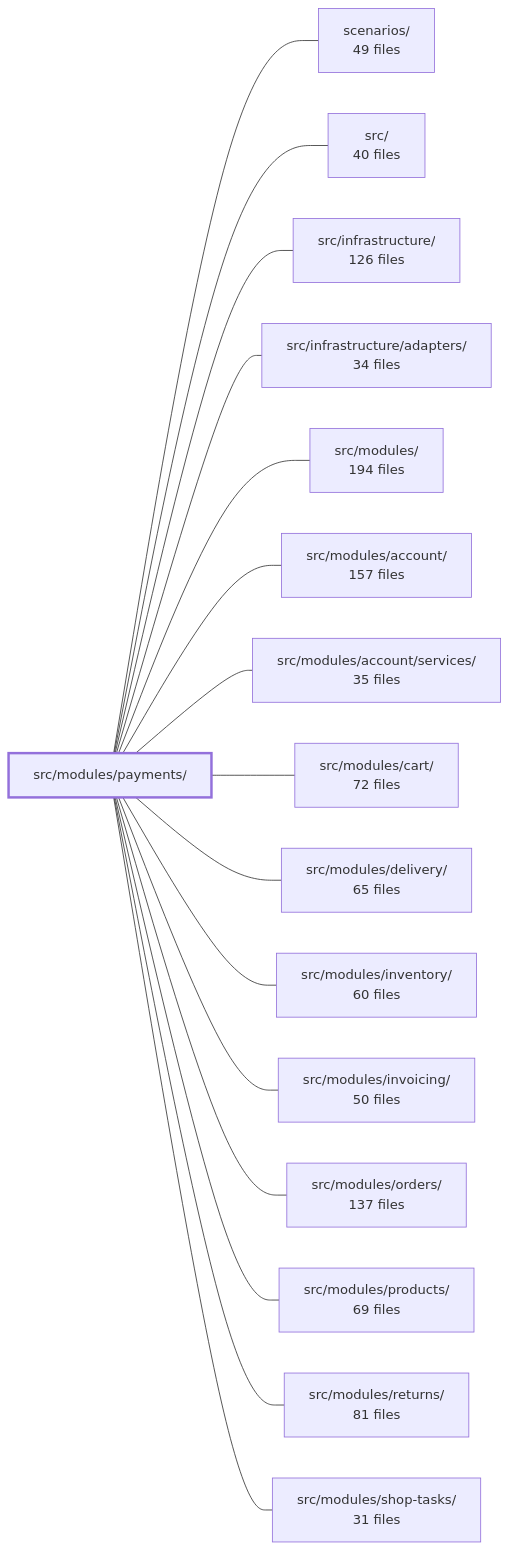
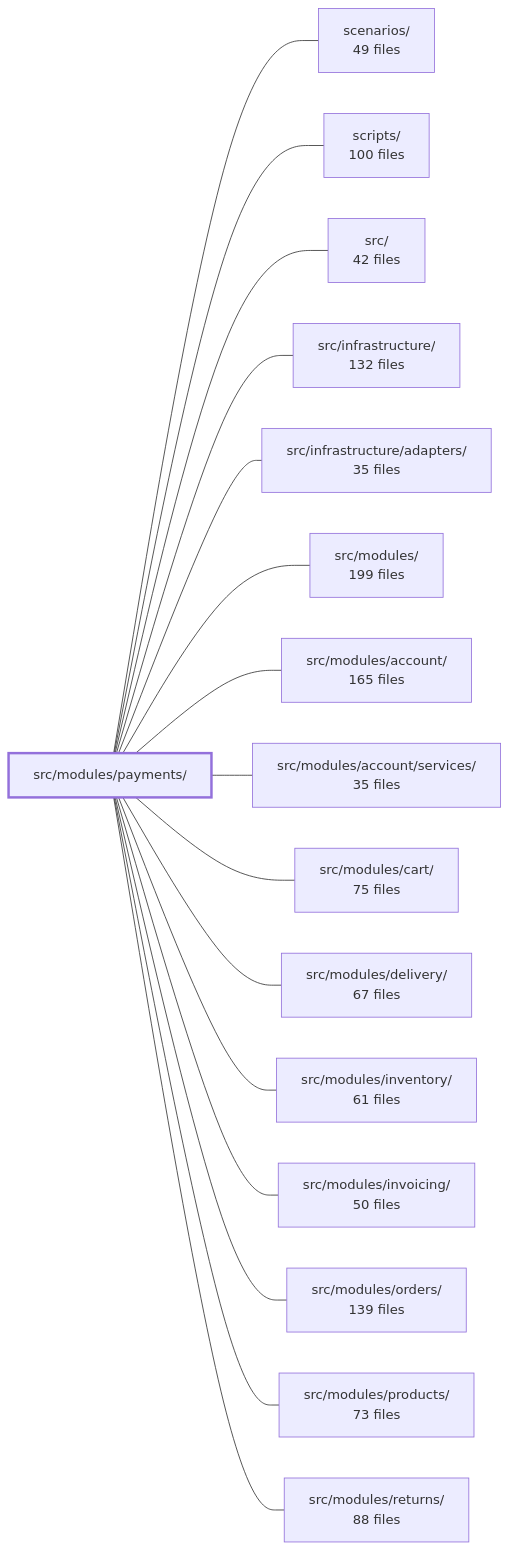
The diagram in .2brain/modules/boilerplate-node-backend_src_modules_payments.md (Guebbit/boilerplate-node-backend), drawn with Mermaid before and after one commit. The commit also changed other lines of this file and 1102 other files, not shown here.

````diff
--- a/.2brain/modules/boilerplate-node-backend_src_modules_payments.md
+++ b/.2brain/modules/boilerplate-node-backend_src_modules_payments.md
@@ -46,35 +43,35 @@
 ```mermaid
 flowchart LR
     m_src_modules_payments["src/modules/payments/"]
     m_scenarios["scenarios/<br/>49 files"]
-    m_src["src/<br/>40 files"]
-    m_src_infrastructure["src/infrastructure/<br/>126 files"]
-    m_src_infrastructure_adapters["src/infrastructure/adapters/<br/>34 files"]
-    m_src_modules["src/modules/<br/>194 files"]
-    m_src_modules_account["src/modules/account/<br/>157 files"]
+    m_scripts["scripts/<br/>100 files"]
+    m_src["src/<br/>42 files"]
+    m_src_infrastructure["src/infrastructure/<br/>132 files"]
+    m_src_infrastructure_adapters["src/infrastructure/adapters/<br/>35 files"]
+    m_src_modules["src/modules/<br/>199 files"]
+    m_src_modules_account["src/modules/account/<br/>165 files"]
     m_src_modules_account_services["src/modules/account/services/<br/>35 files"]
-    m_src_modules_cart["src/modules/cart/<br/>72 files"]
-    m_src_modules_delivery["src/modules/delivery/<br/>65 files"]
-    m_src_modules_inventory["src/modules/inventory/<br/>60 files"]
+    m_src_modules_cart["src/modules/cart/<br/>75 files"]
+    m_src_modules_delivery["src/modules/delivery/<br/>67 files"]
+    m_src_modules_inventory["src/modules/inventory/<br/>61 files"]
     m_src_modules_invoicing["src/modules/invoicing/<br/>50 files"]
-    m_src_modules_orders["src/modules/orders/<br/>137 files"]
-    m_src_modules_products["src/modules/products/<br/>69 files"]
-    m_src_modules_returns["src/modules/returns/<br/>81 files"]
-    m_src_modules_shop_tasks["src/modules/shop-tasks/<br/>31 files"]
+    m_src_modules_orders["src/modules/orders/<br/>139 files"]
+    m_src_modules_products["src/modules/products/<br/>73 files"]
+    m_src_modules_returns["src/modules/returns/<br/>88 files"]
     m_src_modules_payments --- m_scenarios
+    m_src_modules_payments --- m_scripts
     m_src_modules_payments --- m_src
     m_src_modules_payments --- m_src_infrastructure
     m_src_modules_payments --- m_src_infrastructure_adapters
     m_src_modules_payments --- m_src_modules
     m_src_modules_payments --- m_src_modules_account
     m_src_modules_payments --- m_src_modules_account_services
     m_src_modules_payments --- m_src_modules_cart
     m_src_modules_payments --- m_src_modules_delivery
     m_src_modules_payments --- m_src_modules_inventory
     m_src_modules_payments --- m_src_modules_invoicing
     m_src_modules_payments --- m_src_modules_orders
     m_src_modules_payments --- m_src_modules_products
     m_src_modules_payments --- m_src_modules_returns
-    m_src_modules_payments --- m_src_modules_shop_tasks
     style m_src_modules_payments stroke-width:3px
 ```
````
